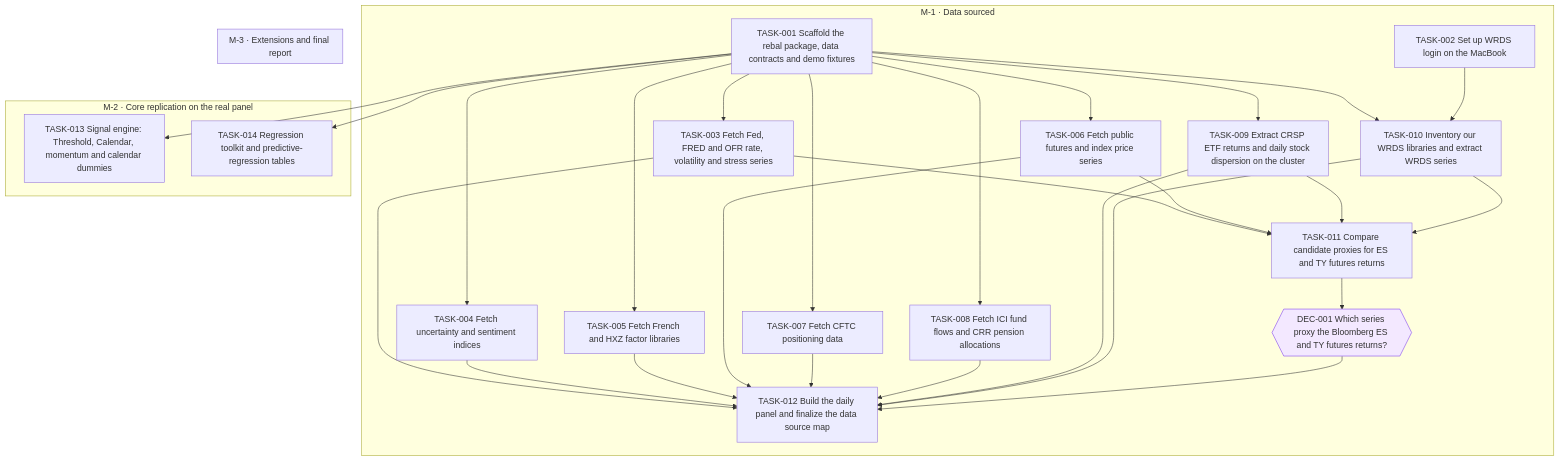
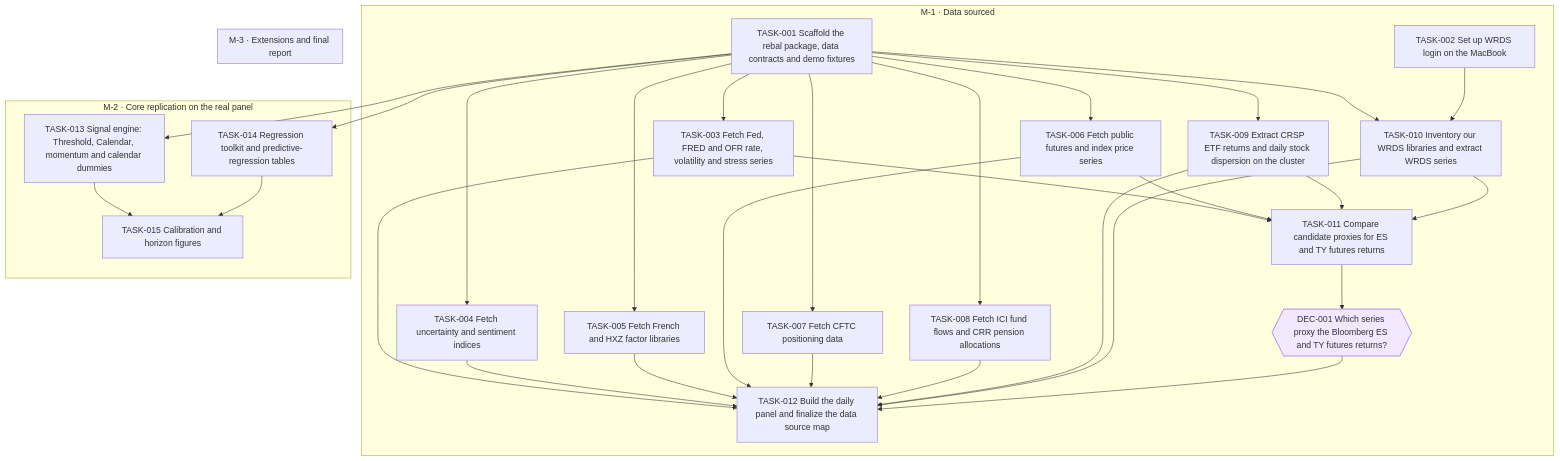
Before and after one commit to jesusvillota/replicate: the diagram in goals/hmm-rebalancing/README.md, drawn with Mermaid. The commit also changed 1 other file, not shown here.

Commit message:
goal(hmm-rebalancing): add TASK-015 Calibration and horizon figures

````diff
--- a/goals/hmm-rebalancing/README.md
+++ b/goals/hmm-rebalancing/README.md
@@ -126,53 +126,56 @@
 ```mermaid
 flowchart TD
   subgraph M_1["M-1 · Data sourced"]
     DEC_001{{"DEC-001 Which series proxy the Bloomberg ES and TY futures returns?"}}
     TASK_001["TASK-001 Scaffold the rebal package, data contracts and demo fixtures"]
     TASK_002["TASK-002 Set up WRDS login on the MacBook"]
     TASK_003["TASK-003 Fetch Fed, FRED and OFR rate, volatility and stress series"]
     TASK_004["TASK-004 Fetch uncertainty and sentiment indices"]
     TASK_005["TASK-005 Fetch French and HXZ factor libraries"]
     TASK_006["TASK-006 Fetch public futures and index price series"]
     TASK_007["TASK-007 Fetch CFTC positioning data"]
     TASK_008["TASK-008 Fetch ICI fund flows and CRR pension allocations"]
     TASK_009["TASK-009 Extract CRSP ETF returns and daily stock dispersion on the cluster"]
     TASK_010["TASK-010 Inventory our WRDS libraries and extract WRDS series"]
     TASK_011["TASK-011 Compare candidate proxies for ES and TY futures returns"]
     TASK_012["TASK-012 Build the daily panel and finalize the data source map"]
   end
   subgraph M_2["M-2 · Core replication on the real panel"]
     TASK_013["TASK-013 Signal engine: Threshold, Calendar, momentum and calendar dummies"]
     TASK_014["TASK-014 Regression toolkit and predictive-regression tables"]
+    TASK_015["TASK-015 Calibration and horizon figures"]
   end
   subgraph M_3["M-3 · Extensions and final report"]
   end
   TASK_011 --> DEC_001
   TASK_001 --> TASK_003
   TASK_001 --> TASK_004
   TASK_001 --> TASK_005
   TASK_001 --> TASK_006
   TASK_001 --> TASK_007
   TASK_001 --> TASK_008
   TASK_001 --> TASK_009
   TASK_001 --> TASK_010
   TASK_002 --> TASK_010
   TASK_003 --> TASK_011
   TASK_006 --> TASK_011
   TASK_009 --> TASK_011
   TASK_010 --> TASK_011
   TASK_003 --> TASK_012
   TASK_004 --> TASK_012
   TASK_005 --> TASK_012
   TASK_006 --> TASK_012
   TASK_007 --> TASK_012
   TASK_008 --> TASK_012
   TASK_009 --> TASK_012
   TASK_010 --> TASK_012
   DEC_001 --> TASK_012
   TASK_001 --> TASK_013
   TASK_001 --> TASK_014
+  TASK_013 --> TASK_015
+  TASK_014 --> TASK_015
   classDef draft stroke-dasharray: 4 3
   classDef cancelled opacity:0.45
   classDef decision fill:#f3e8ff,stroke:#7c3aed
   class DEC_001 decision
 ```
````
